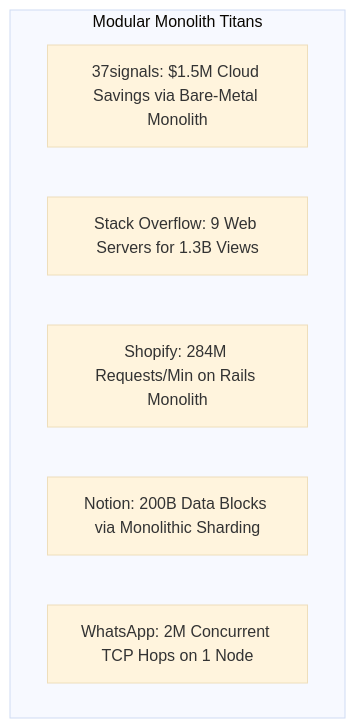
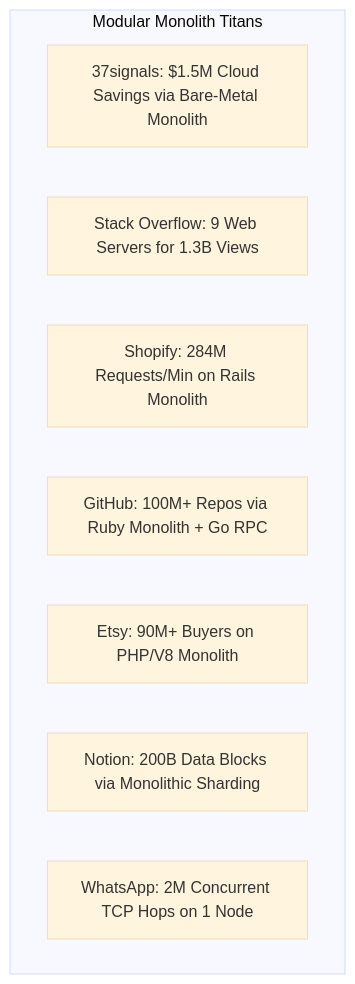
Before and after one commit to vesviet/vesviet: the diagram in content/series/modular-monolith-architecture/part-8-case-study-matrix.md, drawn with Mermaid (base theme). The commit also changed other lines of this file and 10 other files, not shown here.

Commit message:
content: upgrade modular monolith architecture series to 2026 standards

````diff
--- a/content/series/modular-monolith-architecture/part-8-case-study-matrix.md
+++ b/content/series/modular-monolith-architecture/part-8-case-study-matrix.md
@@ -42,10 +40,12 @@
 ```mermaid
 graph TD
     subgraph Modular Monolith Titans
         SO["Stack Overflow: 9 Web Servers for 1.3B Views"]
         SH["Shopify: 284M Requests/Min on Rails Monolith"]
+        GH["GitHub: 100M+ Repos via Ruby Monolith + Go RPC"]
+        ET["Etsy: 90M+ Buyers on PHP/V8 Monolith"]
         NO["Notion: 200B Data Blocks via Monolithic Sharding"]
         WA["WhatsApp: 2M Concurrent TCP Hops on 1 Node"]
         37["37signals: $1.5M Cloud Savings via Bare-Metal Monolith"]
     end
 ```
````
